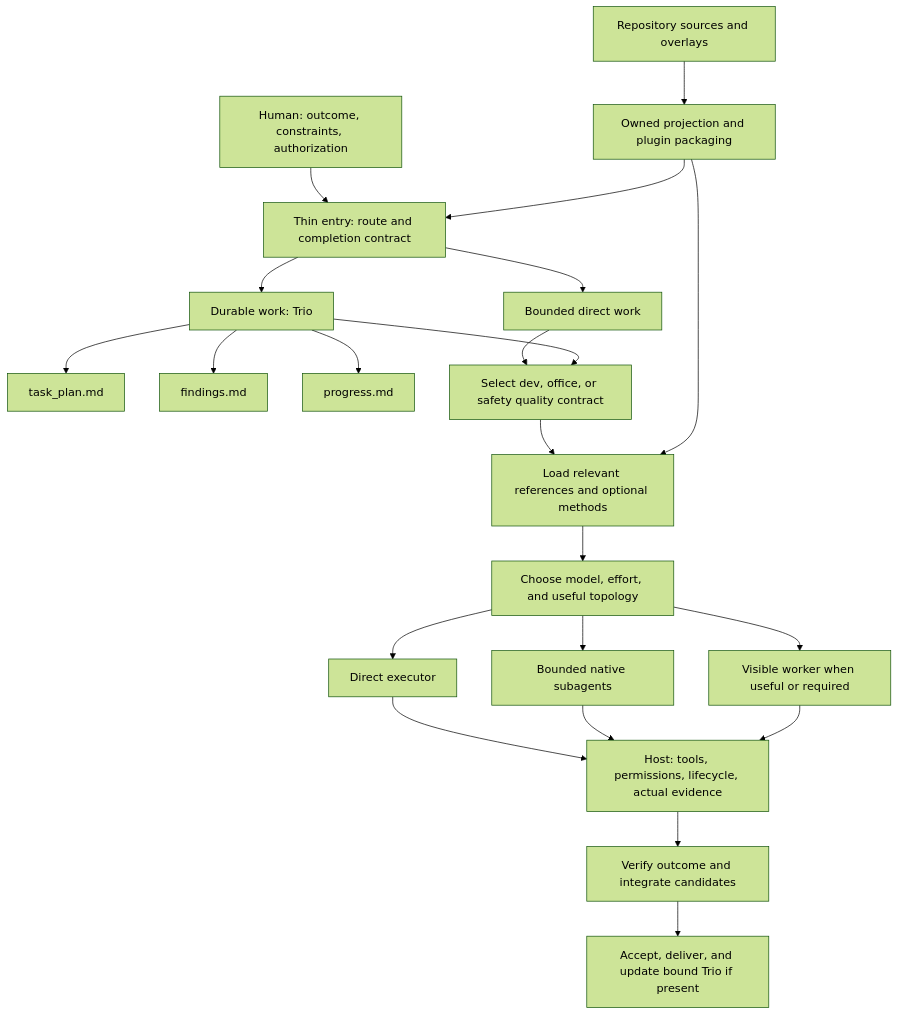
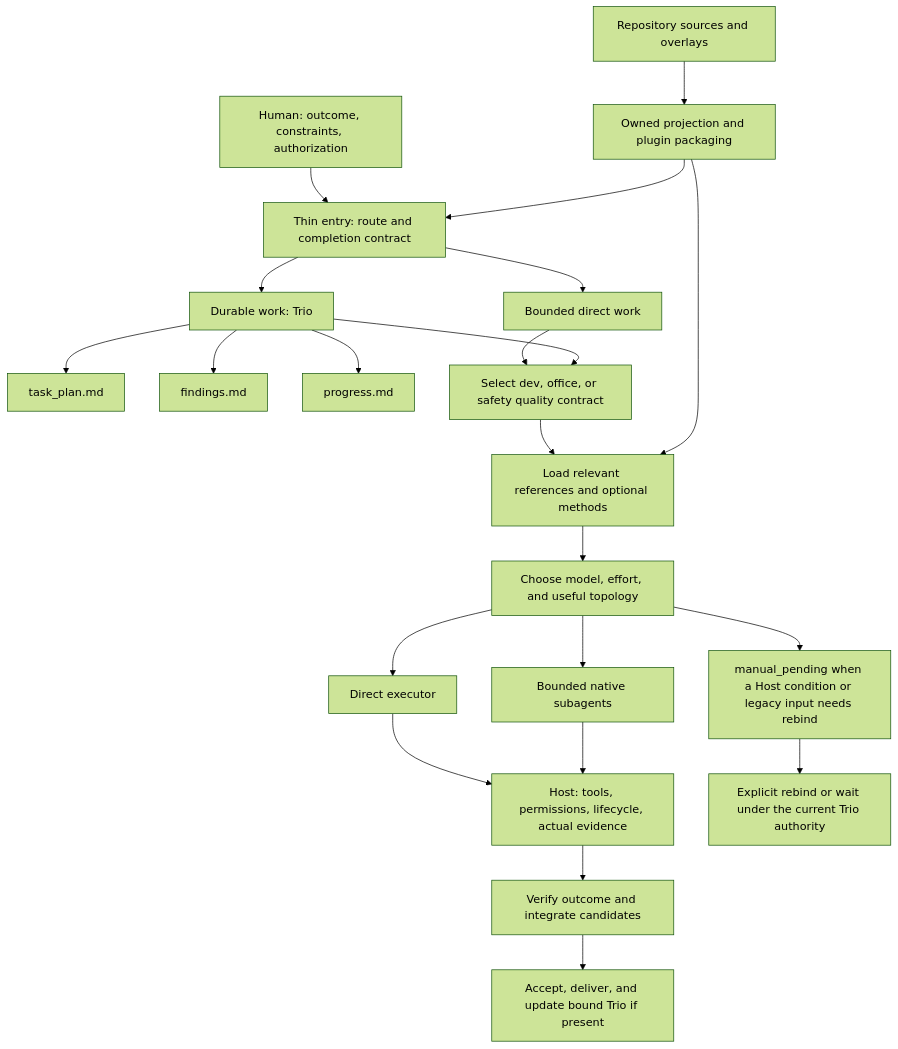
One commit to ilderaj/superpowering-with-files changed the first of 2 diagrams in README.md. Above: the diagram before and after it, drawn with Mermaid (forest theme). The commit also changed other lines of this file and 59 other files, not shown here.

````diff
--- a/README.md
+++ b/README.md
@@ -18,24 +18,24 @@
 ```mermaid
 flowchart TD
     Human[Human: outcome, constraints, authorization] --> Entry[Thin entry: route and completion contract]
     Entry --> Direct[Bounded direct work]
     Entry --> Tracked[Durable work: Trio]
     Tracked --> Plan[task_plan.md]
     Tracked --> Facts[findings.md]
     Tracked --> Progress[progress.md]
     Direct --> Quality[Select dev, office, or safety quality contract]
     Tracked --> Quality
     Quality --> Methods[Load relevant references and optional methods]
     Methods --> Choice[Choose model, effort, and useful topology]
     Choice --> Inline[Direct executor]
     Choice --> Native[Bounded native subagents]
-    Choice --> Visible[Visible worker when useful or required]
+    Choice --> Pending[manual_pending when a Host condition or legacy input needs rebind]
     Inline --> Host[Host: tools, permissions, lifecycle, actual evidence]
     Native --> Host
-    Visible --> Host
+    Pending --> Resume[Explicit rebind or wait under the current Trio authority]
     Host --> Verify[Verify outcome and integrate candidates]
     Verify --> Done[Accept, deliver, and update bound Trio if present]
     Source[Repository sources and overlays] --> Projection[Owned projection and plugin packaging]
     Projection --> Entry
     Projection --> Methods
 ```
````
